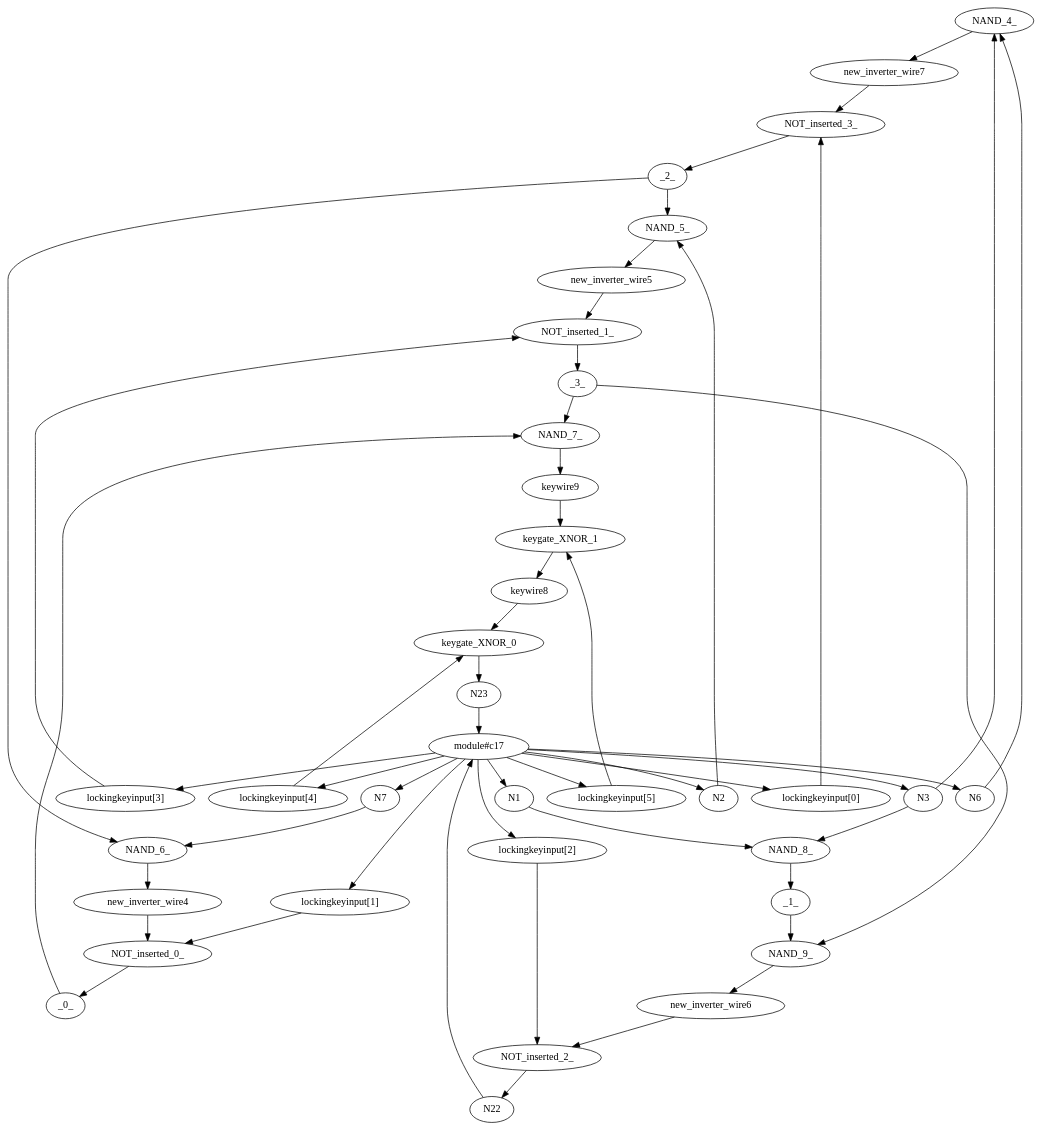
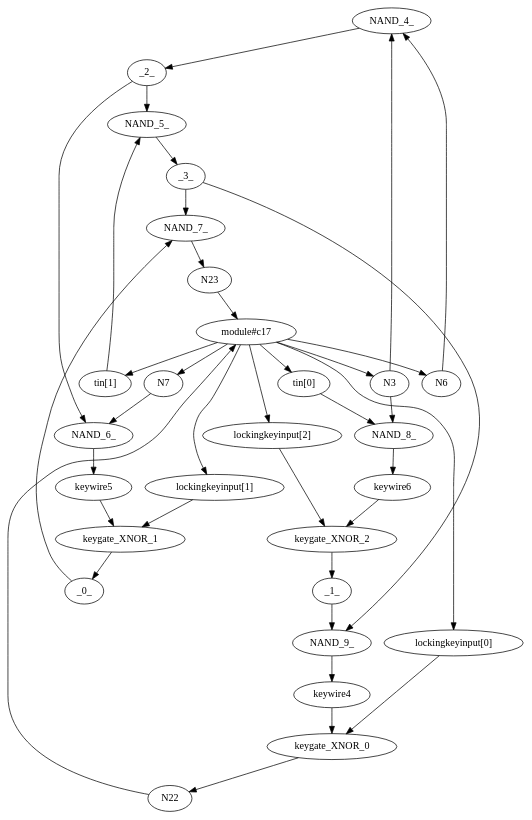
The diagram in tmp/tmp.dot (alirafiqmalik/ENIGMA-Logic-Locking-Framework), drawn with Graphviz before and after one commit. The commit also changed 21 other files, not shown here.

```diff
--- a/tmp/tmp.dot
+++ b/tmp/tmp.dot
@@ -1,116 +1,90 @@
 strict digraph "" {
-	NAND_4_	[logic=AND,
+	NAND_4_	[logic=NAND,
 		type=gate];
-	new_inverter_wire7	[port=new_inverter_wire7,
-		type=wire];
-	NAND_4_ -> new_inverter_wire7;
 	_2_	[port=_2_,
 		type=wire];
-	NAND_5_	[logic=AND,
+	NAND_4_ -> _2_;
+	NAND_5_	[logic=NAND,
 		type=gate];
 	_2_ -> NAND_5_;
-	NAND_6_	[logic=AND,
+	NAND_6_	[logic=NAND,
 		type=gate];
 	_2_ -> NAND_6_;
 	N6	[port=N6,
 		type=input];
 	N6 -> NAND_4_;
 	N3	[port=N3,
 		type=input];
 	N3 -> NAND_4_;
 	NAND_8_	[logic=NAND,
 		type=gate];
 	N3 -> NAND_8_;
-	new_inverter_wire5	[port=new_inverter_wire5,
-		type=wire];
-	NAND_5_ -> new_inverter_wire5;
 	_3_	[port=_3_,
 		type=wire];
+	NAND_5_ -> _3_;
 	NAND_7_	[logic=NAND,
 		type=gate];
 	_3_ -> NAND_7_;
-	NAND_9_	[logic=AND,
+	NAND_9_	[logic=NAND,
 		type=gate];
 	_3_ -> NAND_9_;
-	N2	[port=N2,
+	"tin[1]"	[port=tin,
 		type=input];
-	N2 -> NAND_5_;
-	new_inverter_wire4	[port=new_inverter_wire4,
+	"tin[1]" -> NAND_5_;
+	keywire5	[port=keywire5,
 		type=wire];
-	NAND_6_ -> new_inverter_wire4;
+	NAND_6_ -> keywire5;
 	_0_	[port=_0_,
 		type=wire];
 	_0_ -> NAND_7_;
 	N7	[port=N7,
 		type=input];
 	N7 -> NAND_6_;
-	keywire9	[port=keywire9,
-		type=wire];
-	NAND_7_ -> keywire9;
 	N23	[type=output];
+	NAND_7_ -> N23;
 	"module#c17"	[type=module];
 	N23 -> "module#c17";
+	keywire6	[port=keywire6,
+		type=wire];
+	NAND_8_ -> keywire6;
 	_1_	[port=_1_,
 		type=wire];
-	NAND_8_ -> _1_;
 	_1_ -> NAND_9_;
-	N1	[port=N1,
+	"tin[0]"	[port=tin,
 		type=input];
-	N1 -> NAND_8_;
-	new_inverter_wire6	[port=new_inverter_wire6,
+	"tin[0]" -> NAND_8_;
+	keywire4	[port=keywire4,
 		type=wire];
-	NAND_9_ -> new_inverter_wire6;
+	NAND_9_ -> keywire4;
 	N22	[type=output];
 	N22 -> "module#c17";
 	"module#c17" -> N6;
 	"module#c17" -> N3;
-	"module#c17" -> N2;
+	"module#c17" -> "tin[1]";
 	"module#c17" -> N7;
-	"module#c17" -> N1;
+	"module#c17" -> "tin[0]";
 	"lockingkeyinput[0]"	[port=lockingkeyinput,
 		type=input];
 	"module#c17" -> "lockingkeyinput[0]";
 	"lockingkeyinput[1]"	[port=lockingkeyinput,
 		type=input];
 	"module#c17" -> "lockingkeyinput[1]";
 	"lockingkeyinput[2]"	[port=lockingkeyinput,
 		type=input];
 	"module#c17" -> "lockingkeyinput[2]";
-	"lockingkeyinput[3]"	[port=lockingkeyinput,
-		type=input];
-	"module#c17" -> "lockingkeyinput[3]";
-	"lockingkeyinput[4]"	[port=lockingkeyinput,
-		type=input];
-	"module#c17" -> "lockingkeyinput[4]";
-	"lockingkeyinput[5]"	[port=lockingkeyinput,
-		type=input];
-	"module#c17" -> "lockingkeyinput[5]";
-	NOT_inserted_0_	[logic=XOR,
+	keygate_XNOR_0	[logic=XNOR,
 		type=gate];
-	new_inverter_wire4 -> NOT_inserted_0_;
-	NOT_inserted_0_ -> _0_;
-	NOT_inserted_1_	[logic=XOR,
+	keygate_XNOR_0 -> N22;
+	keywire4 -> keygate_XNOR_0;
+	"lockingkeyinput[0]" -> keygate_XNOR_0;
+	keygate_XNOR_1	[logic=XNOR,
 		type=gate];
-	new_inverter_wire5 -> NOT_inserted_1_;
-	NOT_inserted_1_ -> _3_;
-	NOT_inserted_2_	[logic=XNOR,
+	keygate_XNOR_1 -> _0_;
+	keywire5 -> keygate_XNOR_1;
+	"lockingkeyinput[1]" -> keygate_XNOR_1;
+	keygate_XNOR_2	[logic=XNOR,
 		type=gate];
-	new_inverter_wire6 -> NOT_inserted_2_;
-	NOT_inserted_2_ -> N22;
-	NOT_inserted_3_	[logic=XNOR,
-		type=gate];
-	new_inverter_wire7 -> NOT_inserted_3_;
-	NOT_inserted_3_ -> _2_;
-	"lockingkeyinput[0]" -> NOT_inserted_3_;
-	"lockingkeyinput[1]" -> NOT_inserted_0_;
-	"lockingkeyinput[2]" -> NOT_inserted_2_;
-	"lockingkeyinput[3]" -> NOT_inserted_1_;
-	keywire8	[port=keywire8,
-		type=wire];
-	keywire8 -> keygate_XNOR_0;
-	keygate_XNOR_0 -> N23;
-	"lockingkeyinput[4]" -> keygate_XNOR_0;
-	keywire9 -> keygate_XNOR_1;
-	keygate_XNOR_1 -> keywire8;
-	"lockingkeyinput[5]" -> keygate_XNOR_1;
+	keygate_XNOR_2 -> _1_;
+	keywire6 -> keygate_XNOR_2;
+	"lockingkeyinput[2]" -> keygate_XNOR_2;
 }
```
